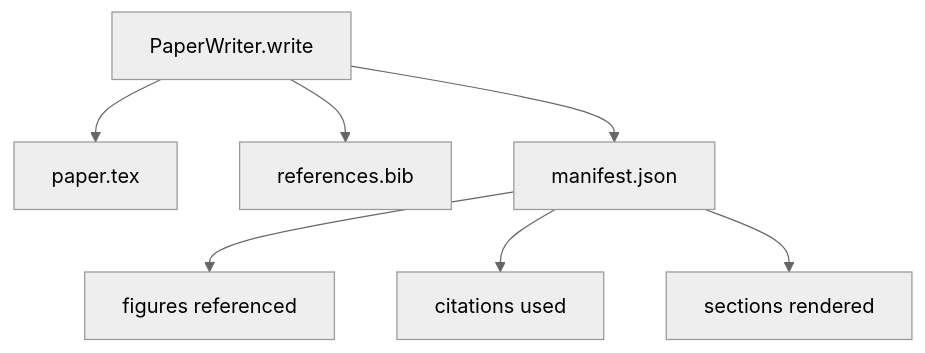
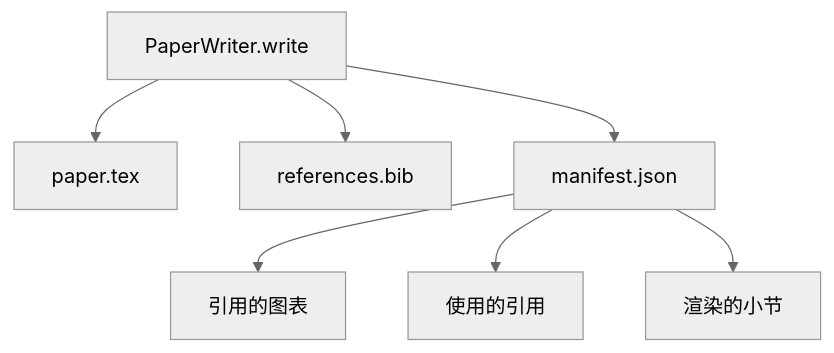
The third of 3 diagrams in lessons/19-capstone-projects/54-paper-writer/docs/zh.md (guangningsun/ailearning), drawn with Mermaid (neutral theme) before and after one commit. The commit also changed other lines of this file and 85 other files, not shown here.

````diff
--- a/lessons/19-capstone-projects/54-paper-writer/docs/zh.md
+++ b/lessons/19-capstone-projects/54-paper-writer/docs/zh.md
@@ -75,9 +75,9 @@
 ```mermaid
 flowchart TB
     Writer[PaperWriter.write] --> Tex[paper.tex]
     Writer --> Bib[references.bib]
     Writer --> Man[manifest.json]
-    Man --> F[figures referenced]
-    Man --> C[citations used]
-    Man --> S[sections rendered]
+    Man --> F[引用的图表]
+    Man --> C[使用的引用]
+    Man --> S[渲染的小节]
 ```
````
